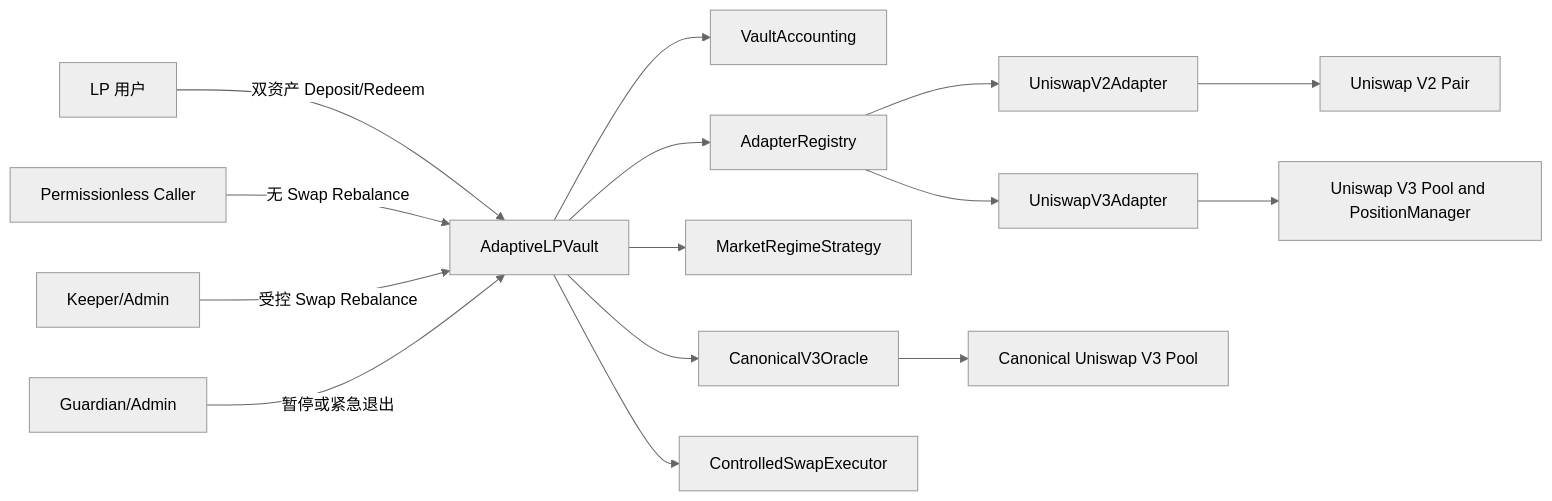
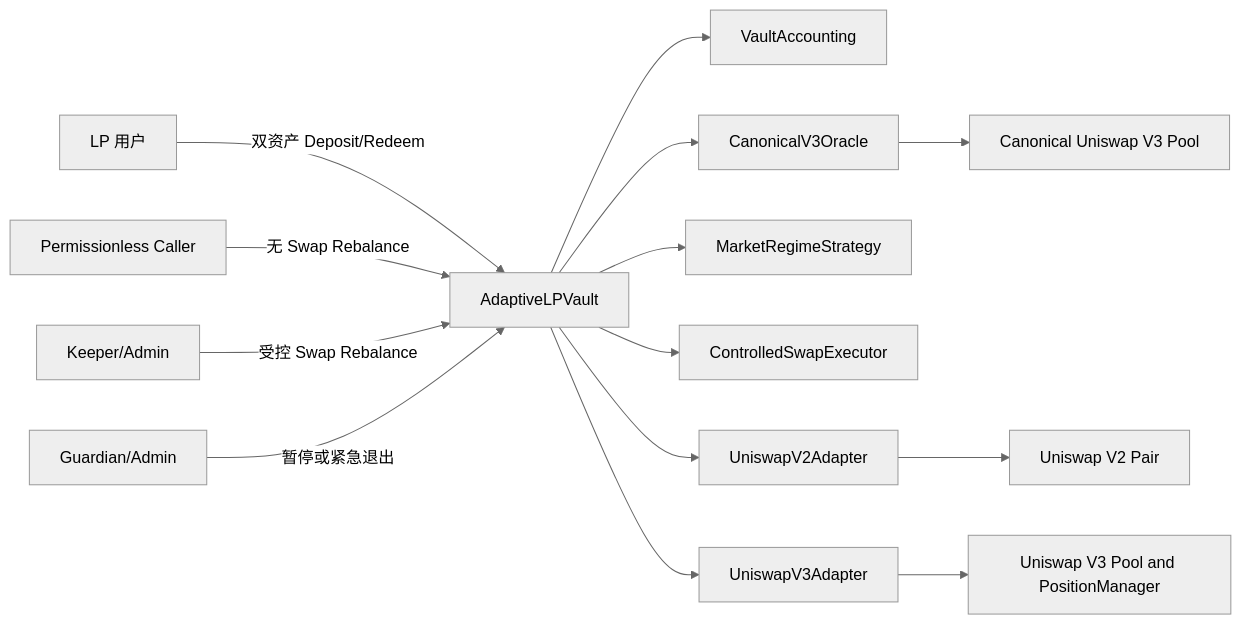
One commit to GGHansome/Adaptive-LP-Vault changed the diagram in PRODUCT_SPEC.md. Above: the diagram before and after it, drawn with Mermaid (neutral theme). The commit also changed other lines of this file and 3 other files, not shown here.

````diff
--- a/PRODUCT_SPEC.md
+++ b/PRODUCT_SPEC.md
@@ -108,17 +108,16 @@
 ```mermaid
 flowchart LR
     User[LP 用户] -->|双资产 Deposit/Redeem| Vault[AdaptiveLPVault]
     Caller[Permissionless Caller] -->|无 Swap Rebalance| Vault
     Keeper[Keeper/Admin] -->|受控 Swap Rebalance| Vault
     Guardian[Guardian/Admin] -->|暂停或紧急退出| Vault
     Vault --> Accounting[VaultAccounting]
     Vault --> Oracle[CanonicalV3Oracle]
     Vault --> Strategy[MarketRegimeStrategy]
-    Vault --> Registry[AdapterRegistry]
     Vault --> Swap[ControlledSwapExecutor]
-    Registry --> V2[UniswapV2Adapter]
-    Registry --> V3[UniswapV3Adapter]
+    Vault --> V2[UniswapV2Adapter]
+    Vault --> V3[UniswapV3Adapter]
     V2 --> V2Pool[Uniswap V2 Pair]
     V3 --> V3Pool[Uniswap V3 Pool and PositionManager]
     Oracle --> Canonical[Canonical Uniswap V3 Pool]
 ```
````
